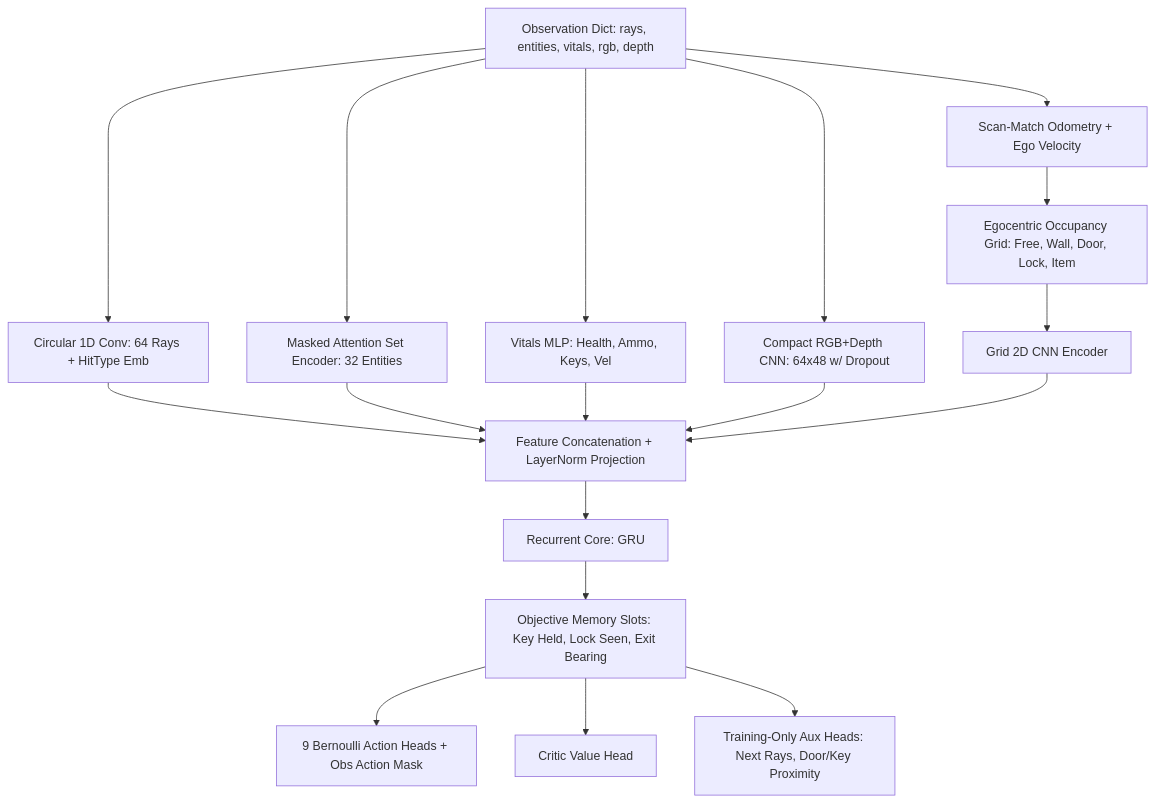
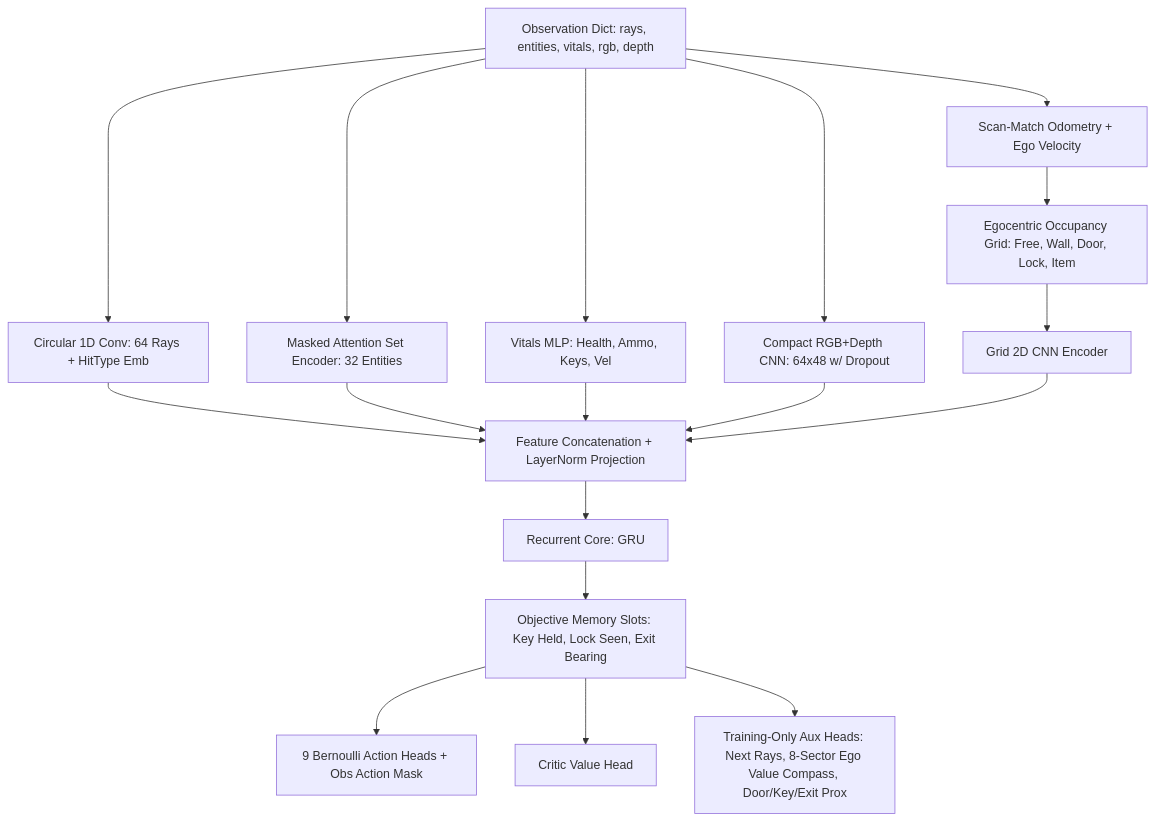
The first of 4 diagrams in planning/Design.md (aryanbhojgaria/hahahaahahaha), drawn with Mermaid before and after one commit. The commit also changed other lines of this file and 68 other files, not shown here.

Commit message:
Milestone 1: sync devforge-doom-template 63b90c4, 3-person ego-compass/random-map plans, llm_coach .env setup, WSL2 uv+Docker bootstrap

````diff
--- a/planning/Design.md
+++ b/planning/Design.md
@@ -9,23 +9,23 @@
 ```mermaid
 flowchart TD
     OBS["Observation Dict: rays, entities, vitals, rgb, depth"] --> ODO["Scan-Match Odometry + Ego Velocity"]
     OBS --> RAY["Circular 1D Conv: 64 Rays + HitType Emb"]
     OBS --> ENT["Masked Attention Set Encoder: 32 Entities"]
     OBS --> VIT["Vitals MLP: Health, Ammo, Keys, Vel"]
     OBS --> RGB["Compact RGB+Depth CNN: 64x48 w/ Dropout"]
 
     ODO --> GRID["Egocentric Occupancy Grid: Free, Wall, Door, Lock, Item"]
     GRID --> GCNN["Grid 2D CNN Encoder"]
 
     RAY --> FUSE["Feature Concatenation + LayerNorm Projection"]
     ENT --> FUSE
     VIT --> FUSE
     RGB --> FUSE
     GCNN --> FUSE
 
     FUSE --> GRU["Recurrent Core: GRU"]
     GRU --> SLOTS["Objective Memory Slots: Key Held, Lock Seen, Exit Bearing"]
     SLOTS --> POL["9 Bernoulli Action Heads + Obs Action Mask"]
     SLOTS --> VAL["Critic Value Head"]
-    SLOTS --> AUX["Training-Only Aux Heads: Next Rays, Door/Key Proximity"]
+    SLOTS --> AUX["Training-Only Aux Heads: Next Rays, 8-Sector Ego Value Compass, Door/Key/Exit Prox"]
 ```
````
